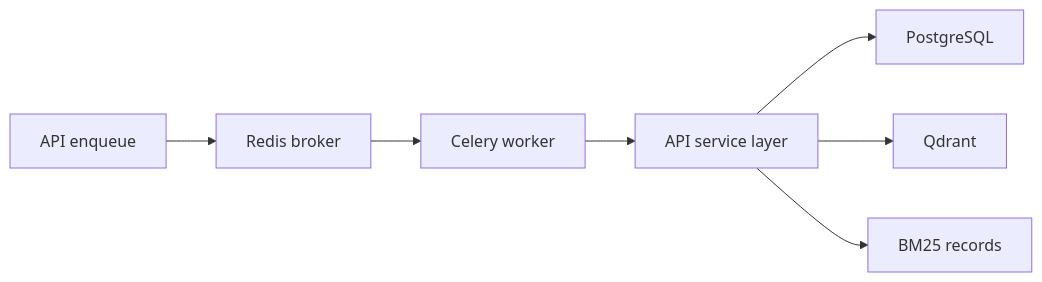
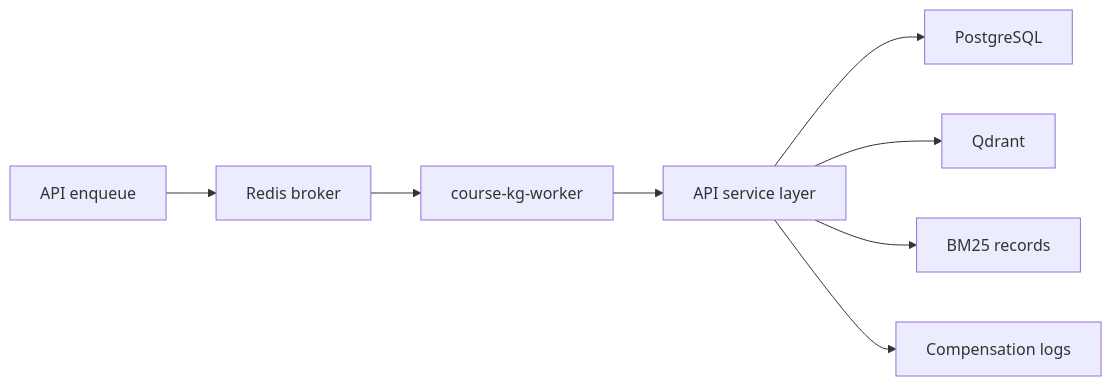
One commit to Sggggt/SymboGraph changed the diagram in apps/worker/README.md. Above: the diagram before and after it, drawn with Mermaid. The commit also changed other lines of this file and 44 other files, not shown here.

Commit message:
v1.2.1 beta: fine cluster去掉了分词聚类方法，agent把加权分排序法改为分层图检索

````diff
--- a/apps/worker/README.md
+++ b/apps/worker/README.md
@@ -26,9 +31,10 @@
 ```mermaid
 flowchart LR
     API["API enqueue"] --> R["Redis broker"]
-    R --> W["Celery worker"]
+    R --> W["course-kg-worker"]
     W --> S["API service layer"]
     S --> PG["PostgreSQL"]
     S --> Q["Qdrant"]
     S --> BM["BM25 records"]
+    S --> C["Compensation logs"]
 ```
````
